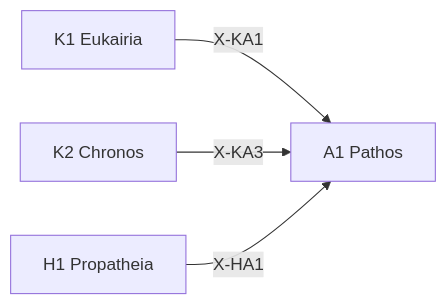
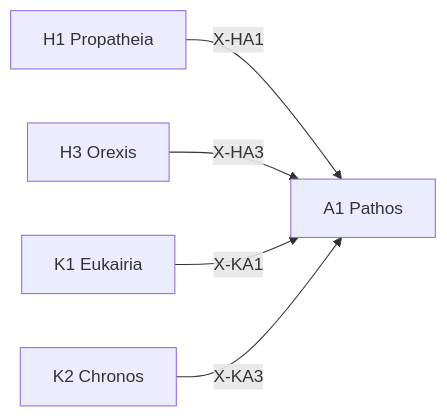
Before and after one commit to laihuip001/hegemonikon: the diagram in .agent/skills/akribeia/a1-pathos/SKILL.md, drawn with Mermaid. The commit also changed other lines of this file and 20 other files, not shown here.

````diff
--- a/.agent/skills/akribeia/a1-pathos/SKILL.md
+++ b/.agent/skills/akribeia/a1-pathos/SKILL.md
@@ -91,6 +110,7 @@
 ```mermaid
 graph LR
-    K1[K1 Eukairia] -->|X-KA1| A1[A1 Pathos]
+    H1[H1 Propatheia] -->|X-HA1| A1[A1 Pathos]
+    H3[H3 Orexis] -->|X-HA3| A1
+    K1[K1 Eukairia] -->|X-KA1| A1
     K2[K2 Chronos] -->|X-KA3| A1
-    H1[H1 Propatheia] -->|X-HA1| A1
 ```
````
